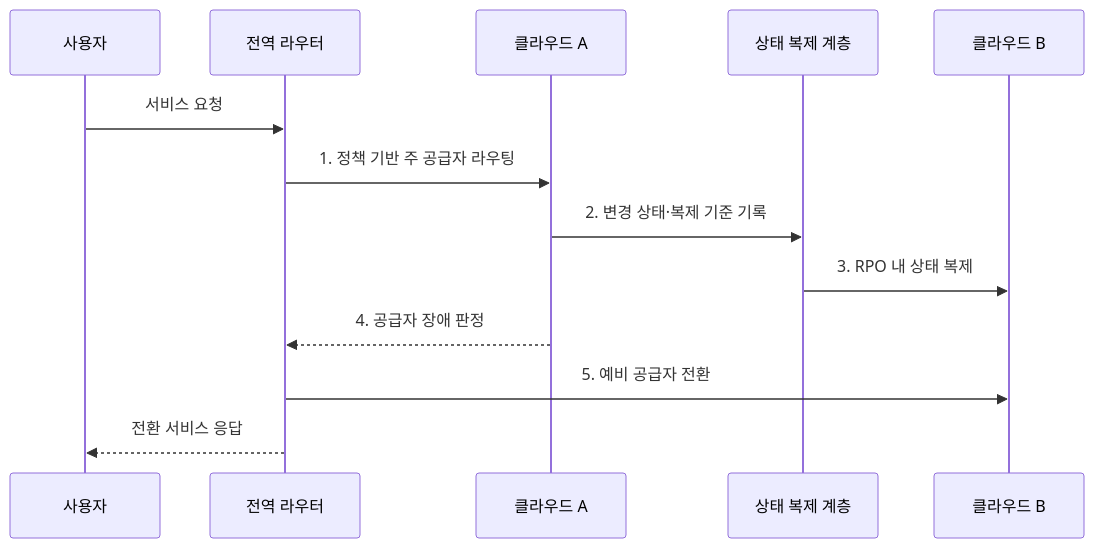
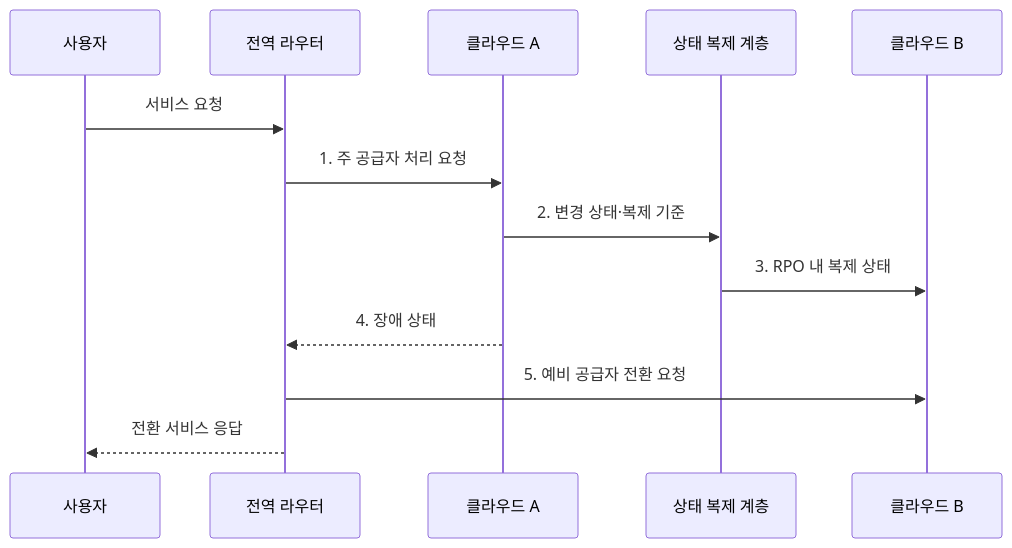
Before and after one commit to agnusdei1207/knowledge-base: the second of 2 diagrams in src/content/docs/notes/03-software/143_multi_cloud_strategy.md, drawn with Mermaid. The commit also changed other lines of this file and 20 other files, not shown here.

````diff
--- a/src/content/docs/notes/03-software/143_multi_cloud_strategy.md
+++ b/src/content/docs/notes/03-software/143_multi_cloud_strategy.md
@@ -82,15 +83,15 @@
 ```mermaid
 sequenceDiagram
     participant U as 사용자
     participant R as 전역 라우터
     participant A as 클라우드 A
     participant S as 상태 복제 계층
     participant B as 클라우드 B
     U->>R: 서비스 요청
-    R->>A: 1. 정책 기반 주 공급자 라우팅
-    A->>S: 2. 변경 상태·복제 기준 기록
-    S->>B: 3. RPO 내 상태 복제
-    A-->>R: 4. 공급자 장애 판정
-    R->>B: 5. 예비 공급자 전환
+    R->>A: 1. 주 공급자 처리 요청
+    A->>S: 2. 변경 상태·복제 기준
+    S->>B: 3. RPO 내 복제 상태
+    A-->>R: 4. 장애 상태
+    R->>B: 5. 예비 공급자 전환 요청
     R-->>U: 전환 서비스 응답
 ```
````
